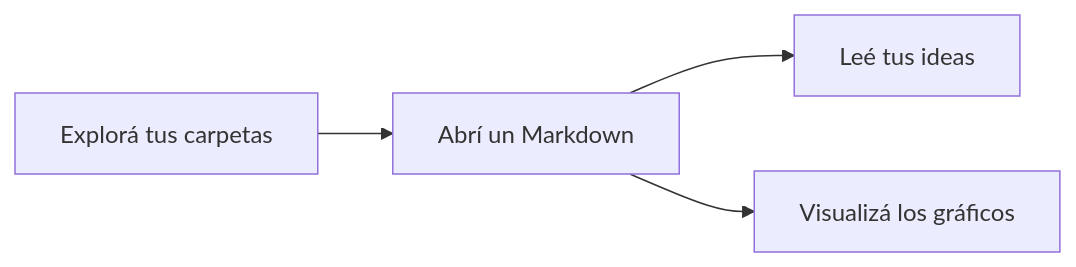
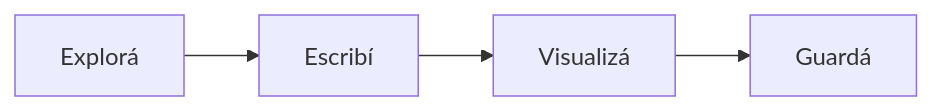
One commit to lferraro1103/Lecat-Markdown changed the diagram in examples/Bienvenido.md. Above: the diagram before and after it, drawn with Mermaid. The commit also changed other lines of this file and 23 other files, not shown here.

````diff
--- a/examples/Bienvenido.md
+++ b/examples/Bienvenido.md
@@ -16,6 +22,6 @@
-~~~mermaid
+```mermaid
 flowchart LR
-    A[Explorá tus carpetas] --> B[Abrí un Markdown]
-    B --> C[Leé tus ideas]
-    B --> D[Visualizá los gráficos]
-~~~
+    A[Explorá] --> B[Escribí]
+    B --> C[Visualizá]
+    C --> D[Guardá]
+```
````
